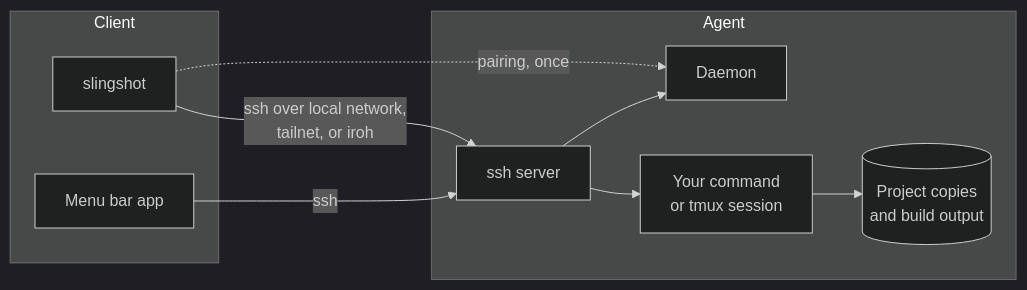
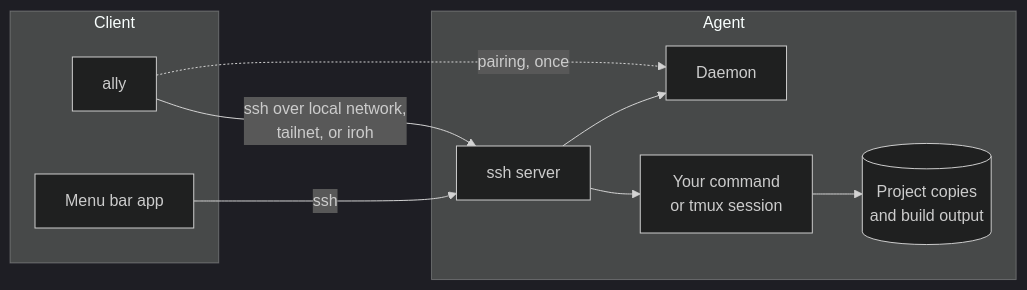
One commit to ado11231/ally changed the first of 4 diagrams in docs/ARCHITECTURE.md. Above: the diagram before and after it, drawn with Mermaid (dark theme). The commit also changed other lines of this file and 18 other files, not shown here.

````diff
--- a/docs/ARCHITECTURE.md
+++ b/docs/ARCHITECTURE.md
@@ -48,21 +48,21 @@
 ```mermaid
 flowchart LR
     subgraph Client
-        CLI["slingshot"]
+        CLI["ally"]
         App["Menu bar app"]
     end
 
     subgraph Agent
         SSHD["ssh server"]
         Daemon["Daemon"]
         Work["Your command<br/>or tmux session"]
         Store[("Project copies<br/>and build output")]
     end
 
     CLI -->|"ssh over local network,<br/>tailnet, or iroh"| SSHD
     App -->|ssh| SSHD
     CLI -.->|"pairing, once"| Daemon
     SSHD --> Daemon
     SSHD --> Work
     Work --> Store
 ```
````
